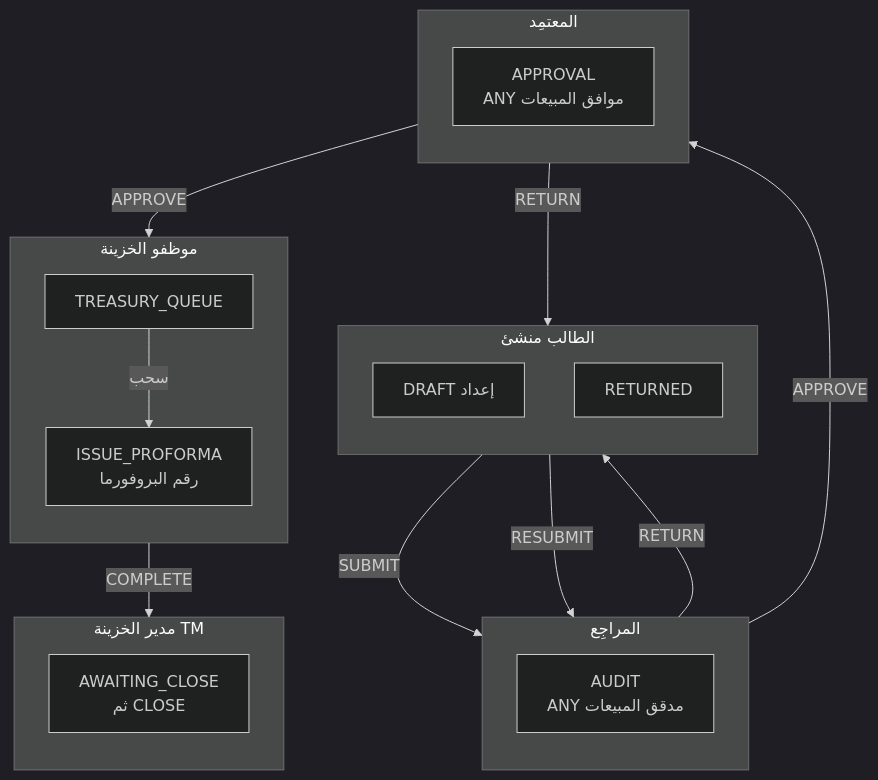
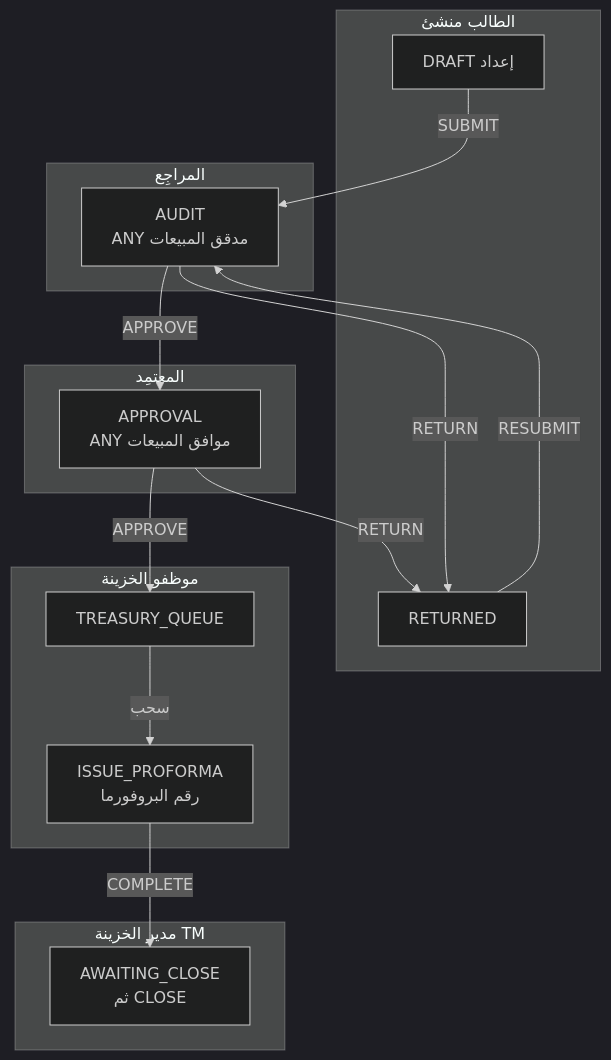
One commit to thawrasy/smartlines changed the sixth of 8 diagrams in treasury-platform/docs/30-readiness/DOC-F10-approval-workflow-model.md. Above: the diagram before and after it, drawn with Mermaid (dark theme). The commit also changed other lines of this file and 2 other files, not shown here.

````diff
--- a/treasury-platform/docs/30-readiness/DOC-F10-approval-workflow-model.md
+++ b/treasury-platform/docs/30-readiness/DOC-F10-approval-workflow-model.md
@@ -370,33 +354,28 @@
 ```mermaid
 flowchart TB
   subgraph RQ["الطالب منشئ"]
-    direction TB
     D["DRAFT إعداد"]
     RT["RETURNED"]
   end
   subgraph AU["المراجِع"]
-    direction TB
     A1["AUDIT<br/>ANY مدقق المبيعات"]
   end
   subgraph AP["المعتمِد"]
-    direction TB
     A2["APPROVAL<br/>ANY موافق المبيعات"]
   end
   subgraph TE["موظفو الخزينة"]
-    direction TB
     Q["TREASURY_QUEUE"]
     P["ISSUE_PROFORMA<br/>رقم البروفورما"]
   end
   subgraph TM["مدير الخزينة TM"]
-    direction TB
     AC["AWAITING_CLOSE<br/>ثم CLOSE"]
   end
   D -->|"SUBMIT"| A1
   A1 -->|"APPROVE"| A2
   A2 -->|"APPROVE"| Q
   A1 -->|"RETURN"| RT
   A2 -->|"RETURN"| RT
   RT -->|"RESUBMIT"| A1
   Q -->|"سحب"| P
   P -->|"COMPLETE"| AC
 ```
````
